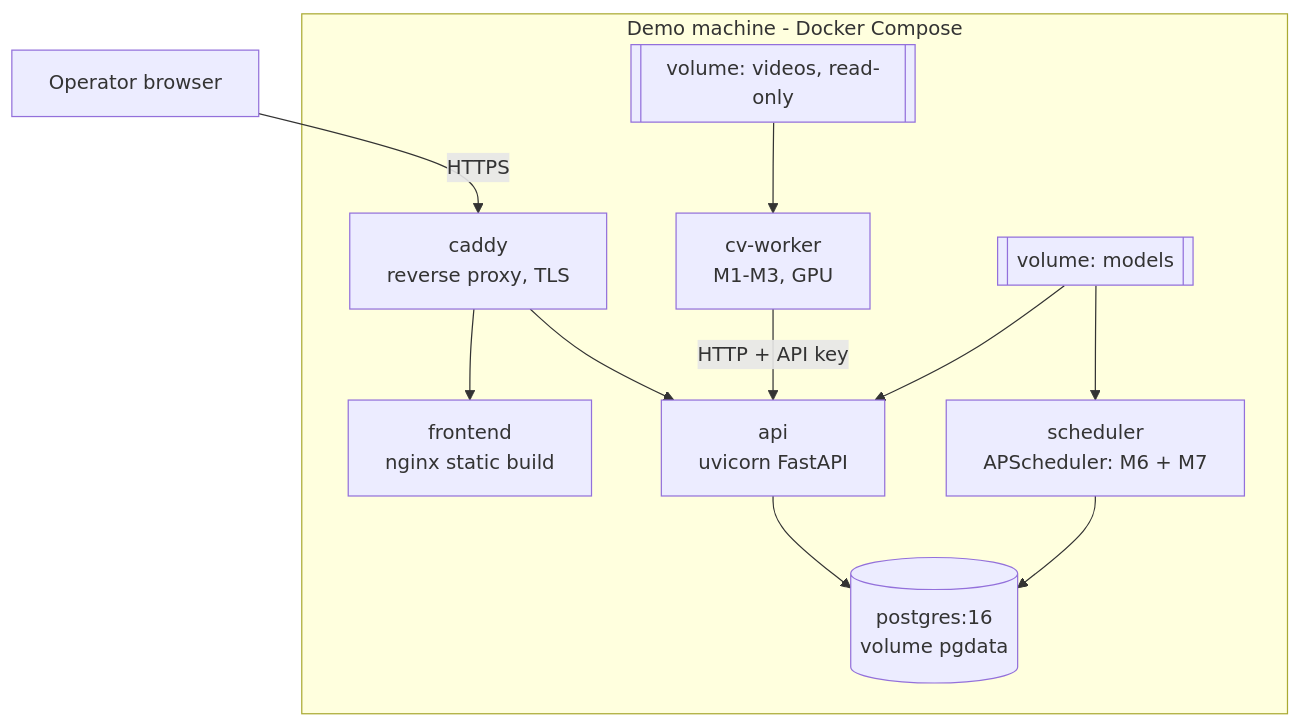
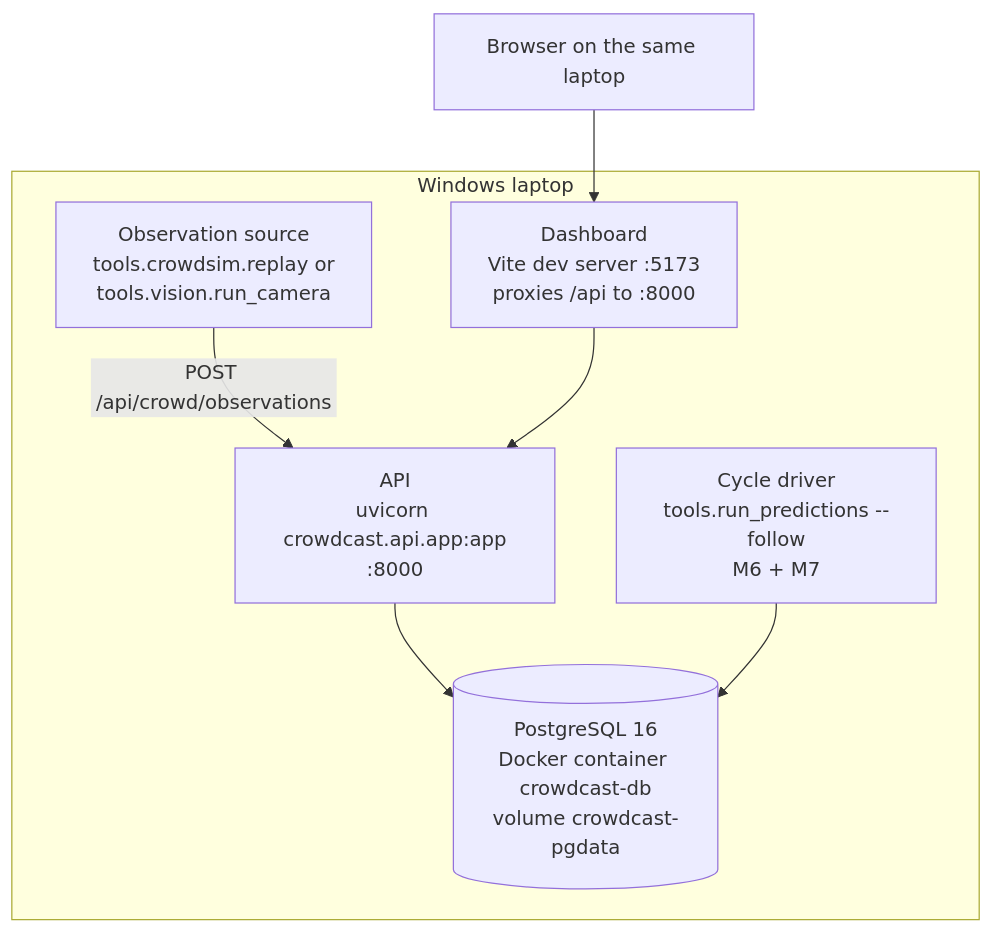
Before and after one commit to prajj267/CrowdCast: the diagram in DOCUMENTATION/18_DEPLOYMENT_PLAN.md, drawn with Mermaid. The commit also changed other lines of this file and 11 other files, not shown here.

First line of the commit message:
9.4: documentation audit (AUDIT_9_4.md); README, docs 07, 09, 10, 14, 15, 18 and architecture diagrams match the solo implementation

````diff
--- a/DOCUMENTATION/18_DEPLOYMENT_PLAN.md
+++ b/DOCUMENTATION/18_DEPLOYMENT_PLAN.md
@@ -23,17 +23,15 @@
 ```mermaid
 flowchart TB
-  subgraph Host[Demo machine - Docker Compose]
-    RP[caddy<br/>reverse proxy, TLS] --> FE[frontend<br/>nginx static build]
-    RP --> API[api<br/>uvicorn FastAPI]
-    SCH[scheduler<br/>APScheduler: M6 + M7]
-    CV[cv-worker<br/>M1-M3, GPU]
-    DB[(postgres:16<br/>volume pgdata)]
+  subgraph Laptop[Windows laptop]
+    DB[(PostgreSQL 16<br/>Docker container crowdcast-db<br/>volume crowdcast-pgdata)]
+    API[API<br/>uvicorn crowdcast.api.app:app<br/>:8000]
+    CYC[Cycle driver<br/>tools.run_predictions --follow<br/>M6 + M7]
+    SRC[Observation source<br/>tools.crowdsim.replay or<br/>tools.vision.run_camera]
+    FE[Dashboard<br/>Vite dev server :5173<br/>proxies /api to :8000]
     API --> DB
-    SCH --> DB
-    CV -- HTTP + API key --> API
-    VOL1[[volume: videos, read-only]] --> CV
-    VOL2[[volume: models]] --> SCH
-    VOL2 --> API
+    CYC --> DB
+    SRC -- POST /api/crowd/observations --> API
   end
-  Browser[Operator browser] -- HTTPS --> RP
+  Browser[Browser on the same laptop] --> FE
+  FE --> API
 ```
````
